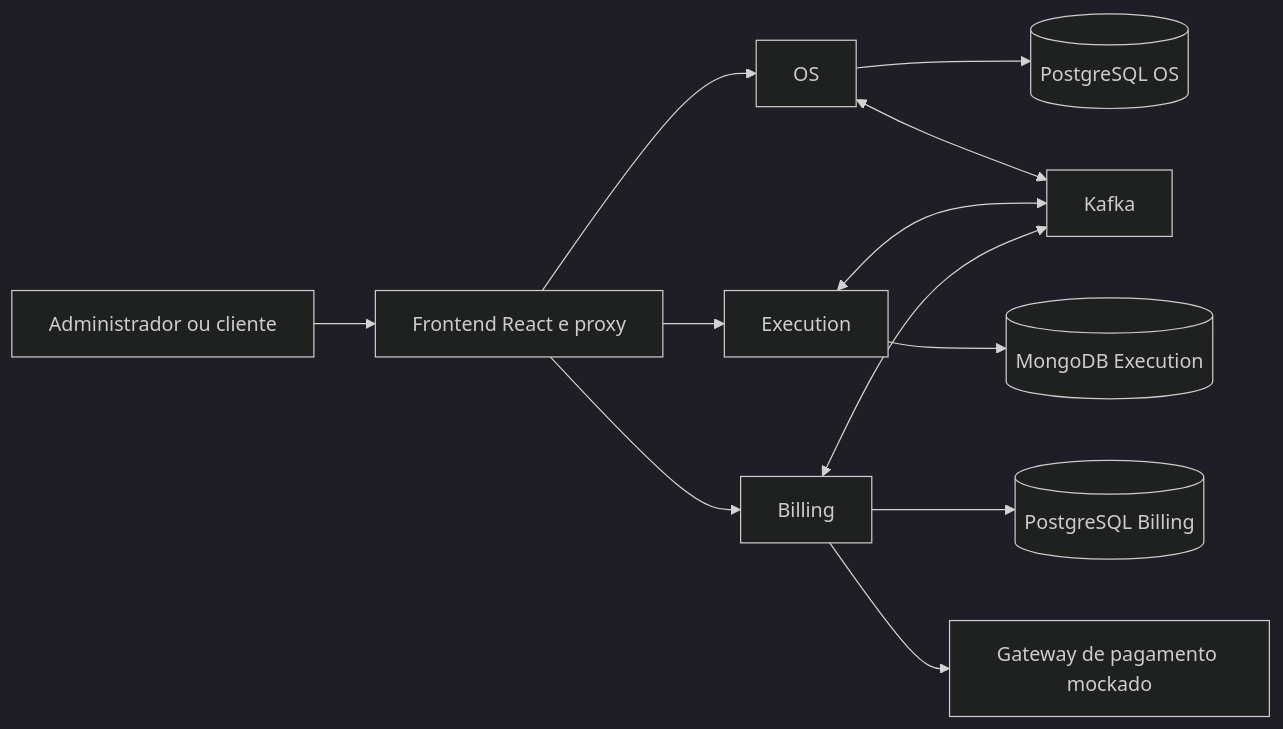
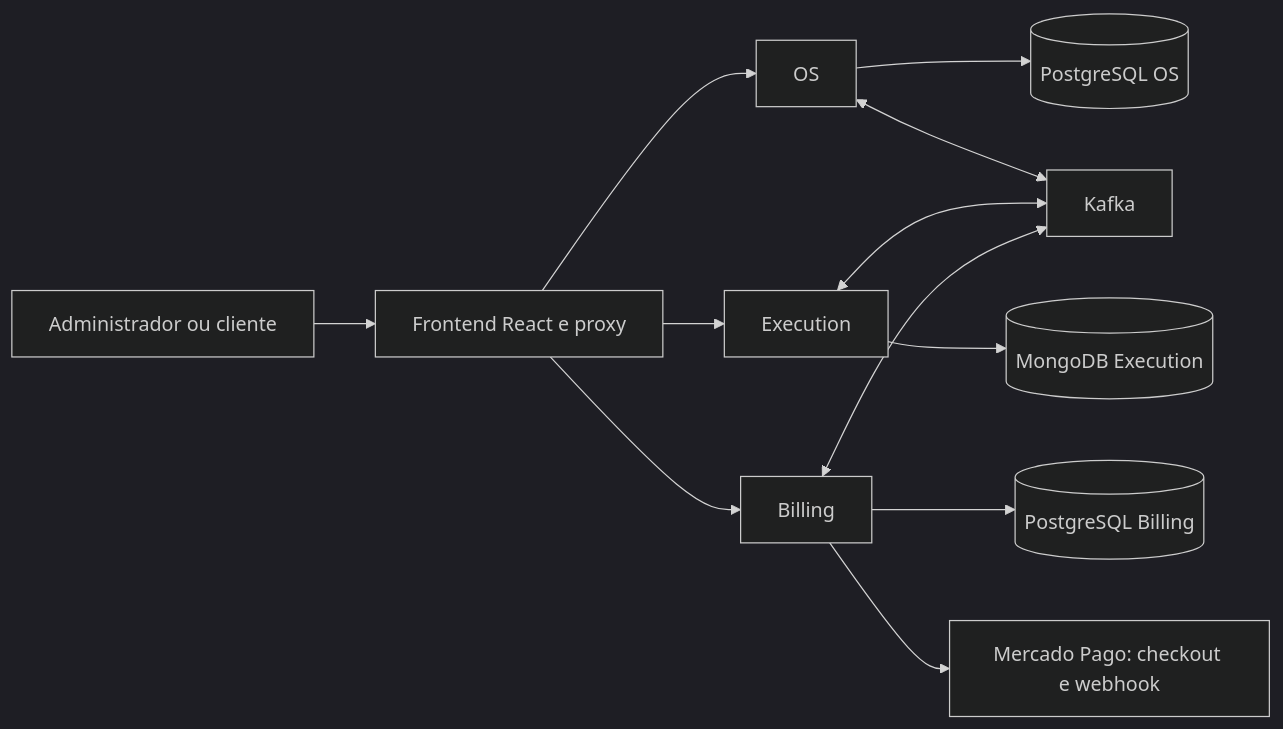
Before and after one commit to Maieru/fiap-tech-challenge: the diagram in README.md, drawn with Mermaid (dark theme). The commit also changed other lines of this file and 80 other files, not shown here.

````diff
--- a/README.md
+++ b/README.md
@@ -57,14 +59,14 @@
 ```mermaid
 flowchart LR
     Usuario[Administrador ou cliente] --> Frontend[Frontend React e proxy]
     Frontend --> OS[OS]
     Frontend --> Execution[Execution]
     Frontend --> Billing[Billing]
     OS --> OsDb[(PostgreSQL OS)]
     Execution --> ExecDb[(MongoDB Execution)]
     Billing --> BillingDb[(PostgreSQL Billing)]
     OS <--> Kafka[Kafka]
     Execution <--> Kafka
     Billing <--> Kafka
-    Billing --> Gateway[Gateway de pagamento mockado]
+    Billing --> Gateway[Mercado Pago: checkout e webhook]
 ```
````
